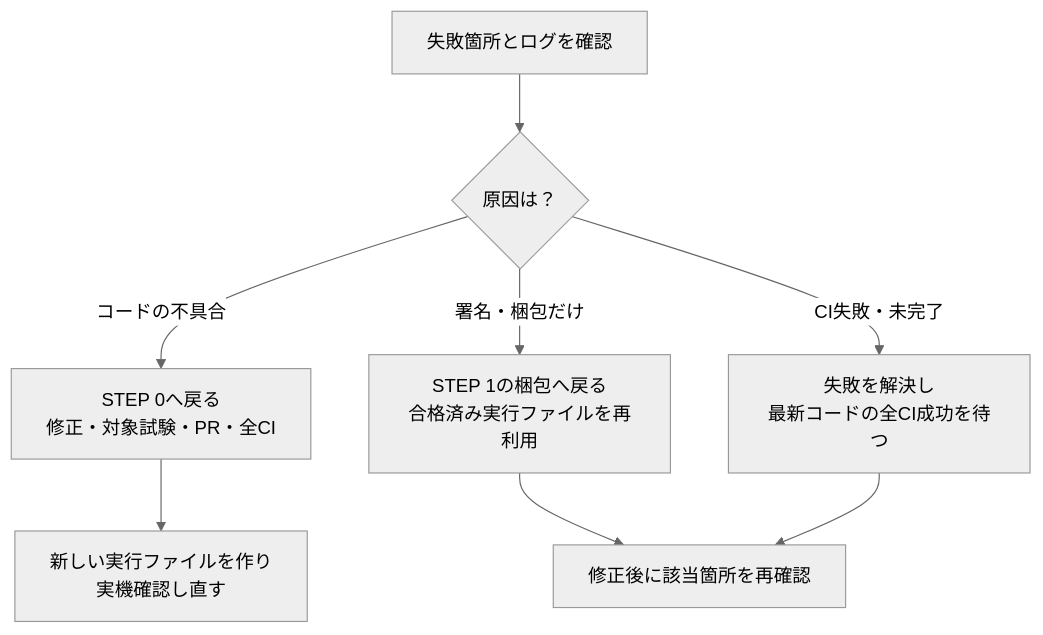
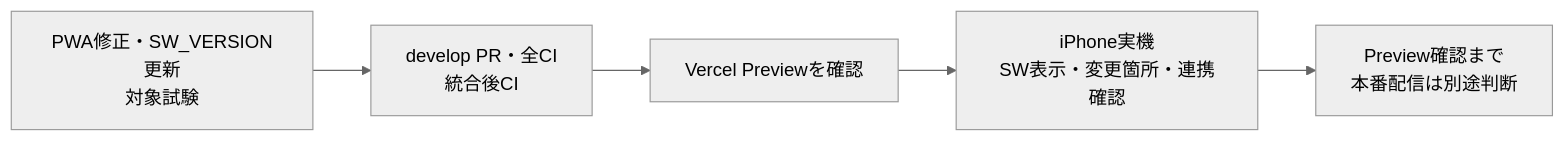
Before and after one commit to ore-no-fusen/ore-no-fusen: the fifth of 12 diagrams in docs/010_RELEASE.md, drawn with Mermaid (neutral theme). The commit also changed other lines of this file, not shown here.

Commit message:
成果物と役割ごとの図表を追加

````diff
--- a/docs/010_RELEASE.md
+++ b/docs/010_RELEASE.md
@@ -28,10 +104,4 @@
 ```mermaid
-flowchart TD
-    A[失敗箇所とログを確認] --> B{原因は？}
-    B -->|コードの不具合| C[STEP 0へ戻る<br/>修正・対象試験・PR・全CI]
-    C --> D[新しい実行ファイルを作り<br/>実機確認し直す]
-    B -->|署名・梱包だけ| E[STEP 1の梱包へ戻る<br/>合格済み実行ファイルを再利用]
-    B -->|CI失敗・未完了| F[失敗を解決し<br/>最新コードの全CI成功を待つ]
-    E --> G[修正後に該当箇所を再確認]
-    F --> G
+flowchart LR
+    A["PWA修正・SW_VERSION更新<br/>対象試験"] --> B["develop PR・全CI<br/>統合後CI"] --> C["Vercel Previewを確認"] --> D["iPhone実機<br/>SW表示・変更箇所・連携確認"] --> E["Preview確認まで<br/>本番配信は別途判断"]
 ```
````
